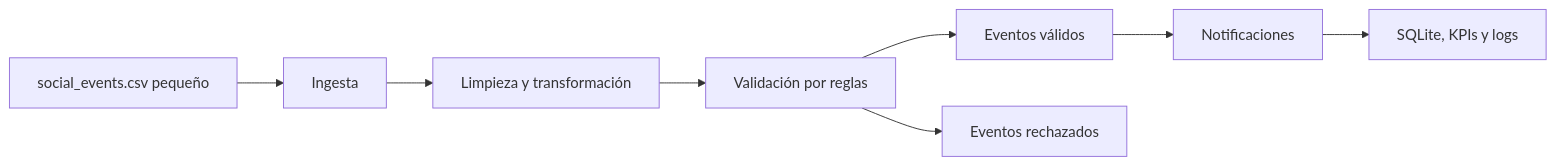
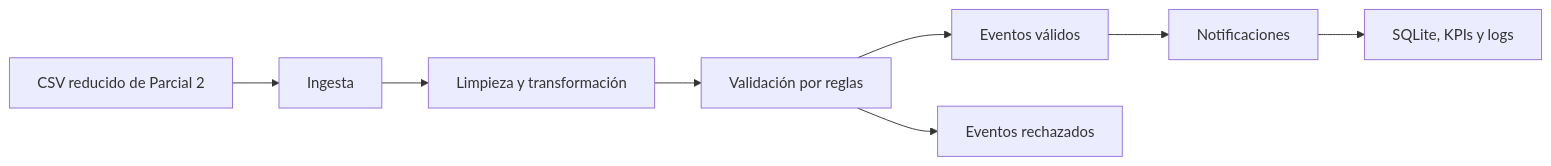
The first of 2 diagrams in README.md (vicentehueichapan/ProyecGEIA), drawn with Mermaid before and after one commit. The commit also changed other lines of this file, not shown here.

````diff
--- a/README.md
+++ b/README.md
@@ -95,10 +153,10 @@
 ```mermaid
 flowchart LR
-    A["social_events.csv pequeño"] --> B["Ingesta"]
+    A["CSV reducido de Parcial 2"] --> B["Ingesta"]
     B --> C["Limpieza y transformación"]
     C --> D["Validación por reglas"]
     D --> E["Eventos válidos"]
     D --> F["Eventos rechazados"]
     E --> G["Notificaciones"]
     G --> H["SQLite, KPIs y logs"]
 ```
````
